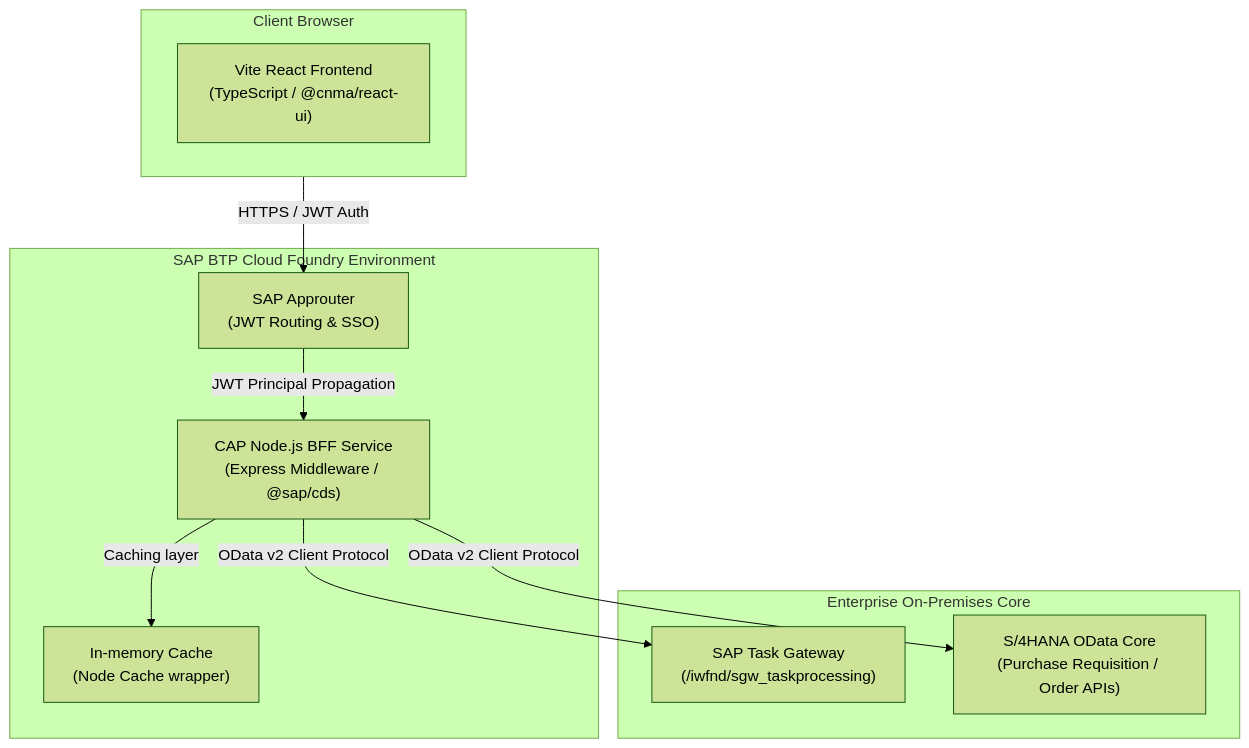
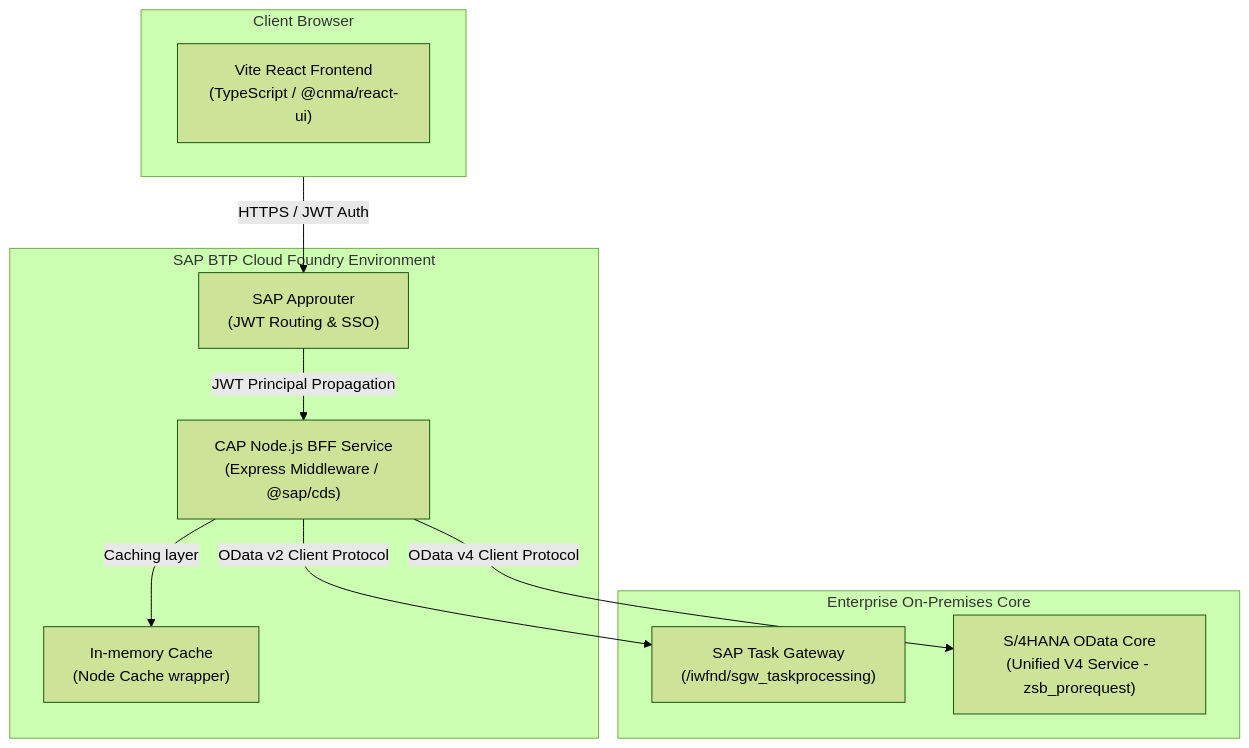
One commit to mindinh/approval-app changed the first of 2 diagrams in docs/technical/01-architecture/01-overview.md. Above: the diagram before and after it, drawn with Mermaid (forest theme). The commit also changed other lines of this file and 37 other files, not shown here.

````diff
--- a/docs/technical/01-architecture/01-overview.md
+++ b/docs/technical/01-architecture/01-overview.md
@@ -13,23 +13,23 @@
 ```mermaid
 graph TD
     subgraph ClientSide [Client Browser]
         ReactUI["Vite React Frontend<br/>(TypeScript / @cnma/react-ui)"]
     end
 
     subgraph SAPBTP [SAP BTP Cloud Foundry Environment]
         AppRouter["SAP Approuter<br/>(JWT Routing & SSO)"]
         BFF["CAP Node.js BFF Service<br/>(Express Middleware / @sap/cds)"]
         Cache["In-memory Cache<br/>(Node Cache wrapper)"]
     end
 
     subgraph SAPCore [Enterprise On-Premises Core]
         TaskGW["SAP Task Gateway<br/>(/iwfnd/sgw_taskprocessing)"]
-        S4Core["S/4HANA OData Core<br/>(Purchase Requisition / Order APIs)"]
+        S4Core["S/4HANA OData Core<br/>(Unified V4 Service - zsb_prorequest)"]
     end
 
     ClientSide -->|HTTPS / JWT Auth| AppRouter
     AppRouter -->|JWT Principal Propagation| BFF
     BFF -->|Caching layer| Cache
     BFF -->|OData v2 Client Protocol| TaskGW
-    BFF -->|OData v2 Client Protocol| S4Core
+    BFF -->|OData v4 Client Protocol| S4Core
 ```
````
